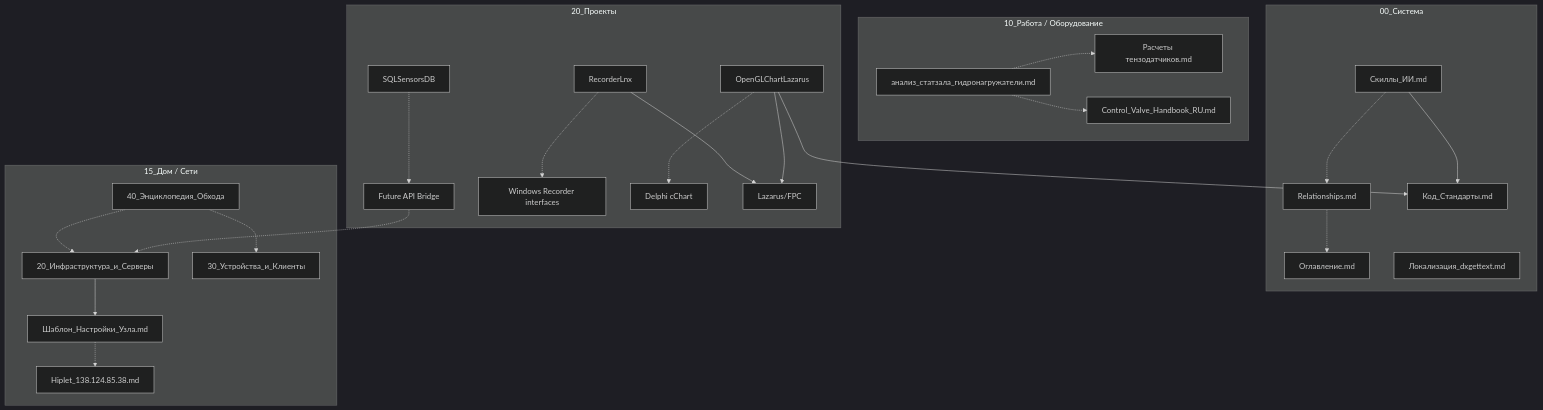
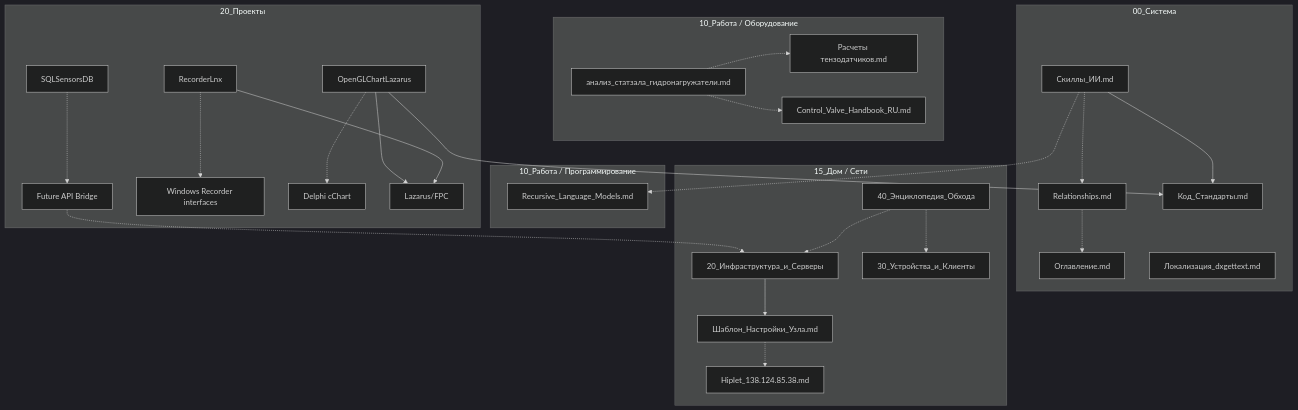
The diagram in 00_Система/Relationships.md (Oburec1985/AGrav), drawn with Mermaid (dark theme) before and after one commit. The commit also changed other lines of this file and 5 other files, not shown here.

````diff
--- a/00_Система/Relationships.md
+++ b/00_Система/Relationships.md
@@ -12,55 +12,60 @@
 ```mermaid
 graph TD
     subgraph "10_Работа / Оборудование"
         StaticHydroHall["анализ_статзала_гидронагружатели.md"]
         SensorsCalc["Расчеты тензодатчиков.md"]
         ControlValveBook["Control_Valve_Handbook_RU.md"]
+    end
+
+    subgraph "10_Работа / Программирование"
+        RLM["Recursive_Language_Models.md"]
     end
 
     subgraph "00_Система"
         MainIndex["Оглавление.md"]
         Skills["Скиллы_ИИ.md"]
         RelMap["Relationships.md"]
         CodeStd["Код_Стандарты.md"]
         LocTool["Локализация_dxgettext.md"]
     end
 
     subgraph "15_Дом / Сети"
         Infrastructure["20_Инфраструктура_и_Серверы"]
         Devices["30_Устройства_и_Клиенты"]
         NodeTemp["Шаблон_Настройки_Узла.md"]
         Hiplet["Hiplet_138.124.85.38.md"]
         BypassWiki["40_Энциклопедия_Обхода"]
     end
 
     subgraph "20_Проекты"
         SQLSensors["SQLSensorsDB"]
         Bridge["Future API Bridge"]
         OglChart["OpenGLChartLazarus"]
         RecorderLnx["RecorderLnx"]
         LegacyRecorder["Windows Recorder interfaces"]
         LegacyCChart["Delphi cChart"]
         LazarusFPC["Lazarus/FPC"]
     end
 
     %% Связи
     RelMap -.-> MainIndex
     Skills -.-> RelMap
     Skills --> CodeStd
+    Skills -.-> RLM
     StaticHydroHall -.-> SensorsCalc
     StaticHydroHall -.-> ControlValveBook
     
     Infrastructure --> NodeTemp
     NodeTemp -.-> Hiplet
     
     SQLSensors -.-> Bridge
     Bridge -.-> Infrastructure
     OglChart -.-> LegacyCChart
     OglChart --> LazarusFPC
     RecorderLnx --> LazarusFPC
     RecorderLnx -.-> LegacyRecorder
     OglChart --> CodeStd
     
     BypassWiki -.-> Devices
     BypassWiki -.-> Infrastructure
 ```
````
